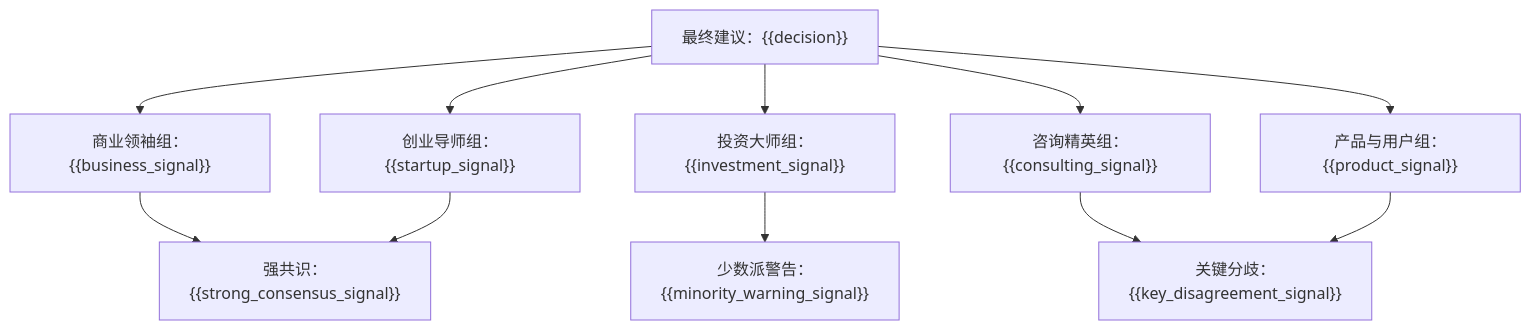
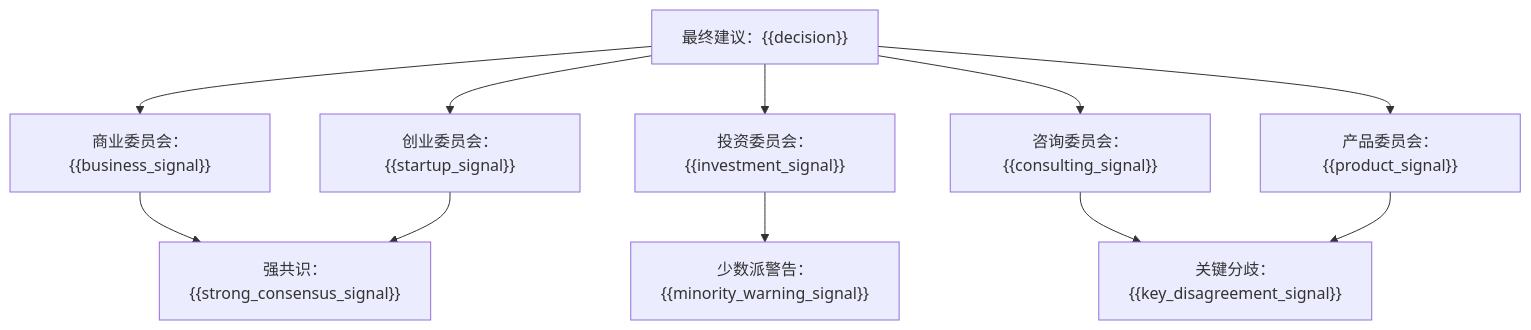
One commit to hehaivictor/superboard changed the second of 3 diagrams in templates/board-memo.md. Above: the diagram before and after it, drawn with Mermaid. The commit also changed other lines of this file and 38 other files, not shown here.

````diff
--- a/templates/board-memo.md
+++ b/templates/board-memo.md
@@ -98,13 +98,13 @@
 ```mermaid
 flowchart TD
-  A["最终建议：{{decision}}"] --> B["商业领袖组：{{business_signal}}"]
-  A --> C["创业导师组：{{startup_signal}}"]
-  A --> D["投资大师组：{{investment_signal}}"]
-  A --> E["咨询精英组：{{consulting_signal}}"]
-  A --> F["产品与用户组：{{product_signal}}"]
+  A["最终建议：{{decision}}"] --> B["商业委员会：{{business_signal}}"]
+  A --> C["创业委员会：{{startup_signal}}"]
+  A --> D["投资委员会：{{investment_signal}}"]
+  A --> E["咨询委员会：{{consulting_signal}}"]
+  A --> F["产品委员会：{{product_signal}}"]
   B --> G["强共识：{{strong_consensus_signal}}"]
   C --> G
   D --> H["少数派警告：{{minority_warning_signal}}"]
   E --> I["关键分歧：{{key_disagreement_signal}}"]
   F --> I
 ```
````
